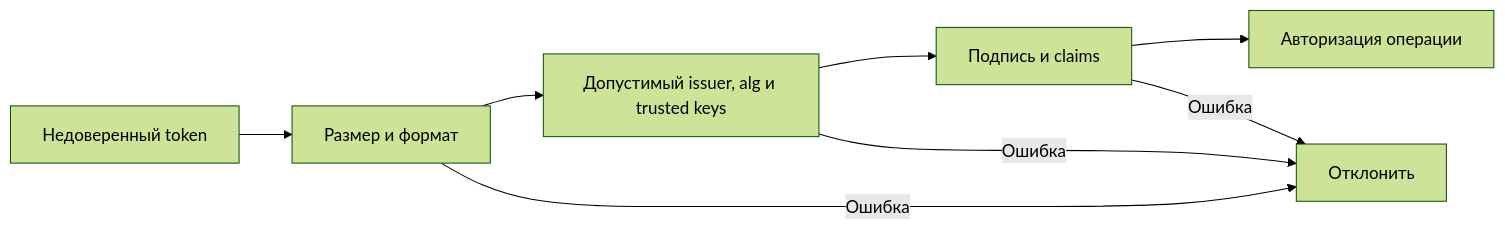
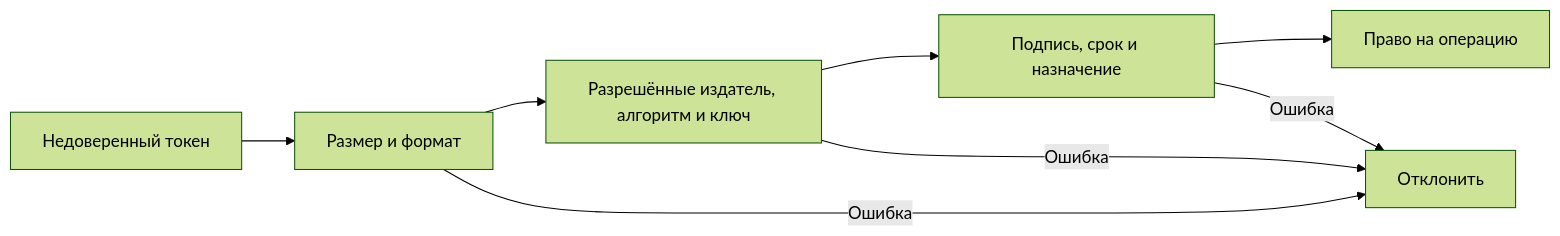
The diagram in docs/security/jwt.md (leary1337/vault), drawn with Mermaid (forest theme) before and after one commit. The commit also changed other lines of this file and 325 other files, not shown here.

````diff
--- a/docs/security/jwt.md
+++ b/docs/security/jwt.md
@@ -56,10 +52,10 @@
 ```mermaid
 flowchart LR
- T[Недоверенный token] --> L[Размер и формат]
- L --> K[Допустимый issuer, alg и trusted keys]
- K --> V[Подпись и claims]
- V --> A[Авторизация операции]
+ T[Недоверенный токен] --> L[Размер и формат]
+ L --> K[Разрешённые издатель, алгоритм и ключ]
+ K --> V[Подпись, срок и назначение]
+ V --> A[Право на операцию]
  L -->|Ошибка| R[Отклонить]
  K -->|Ошибка| R
  V -->|Ошибка| R
 ```
````
